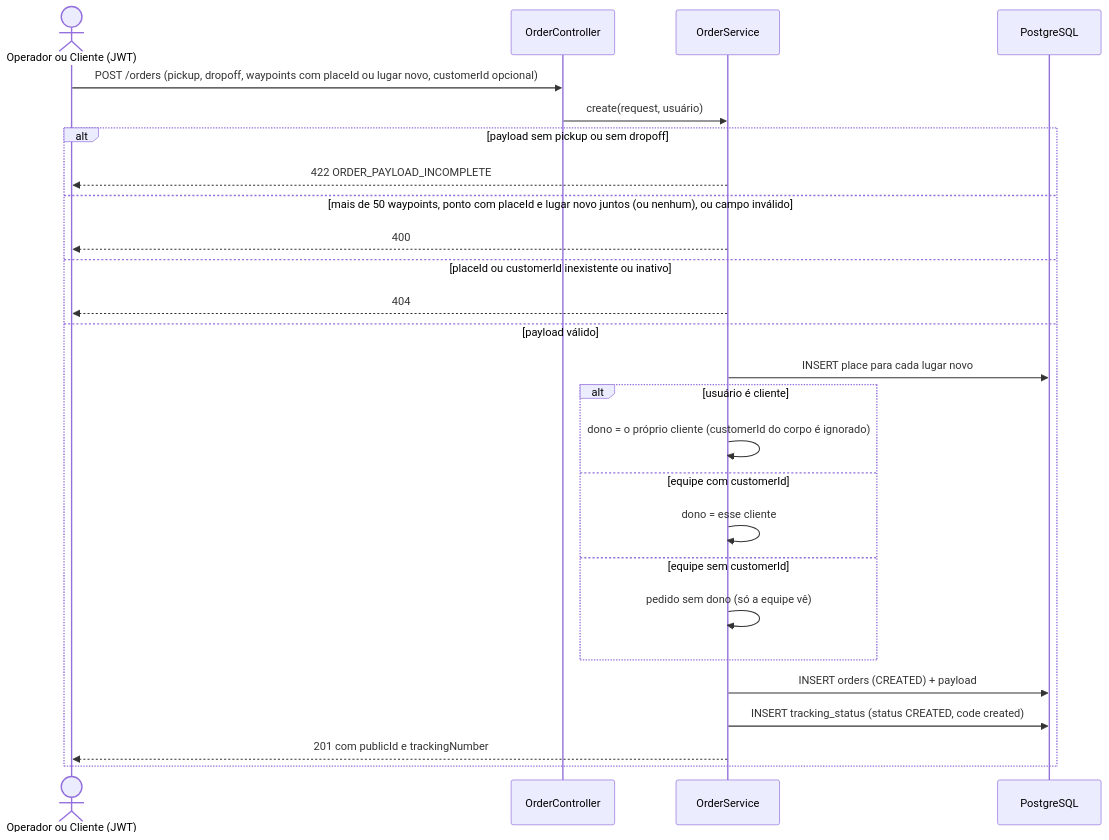
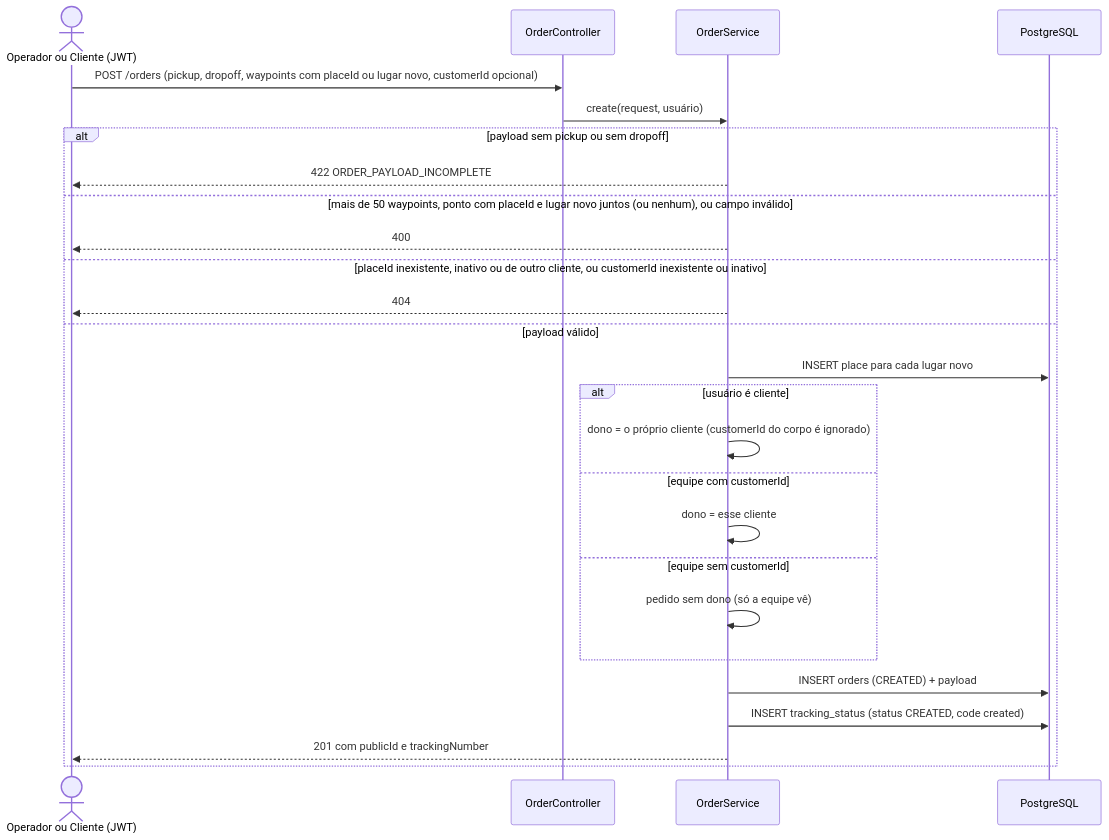
One commit to Edryck/kj-fleets changed the second of 8 diagrams in docs/flows/backend/flow-pedidos.md. Above: the diagram before and after it, drawn with Mermaid. The commit also changed other lines of this file and 8 other files, not shown here.

````diff
--- a/docs/flows/backend/flow-pedidos.md
+++ b/docs/flows/backend/flow-pedidos.md
@@ -27,29 +27,29 @@
 ```mermaid
 sequenceDiagram
     actor U as Operador ou Cliente (JWT)
     participant C as OrderController
     participant S as OrderService
     participant DB as PostgreSQL
 
     U->>C: POST /orders (pickup, dropoff, waypoints com placeId ou lugar novo, customerId opcional)
     C->>S: create(request, usuário)
     alt payload sem pickup ou sem dropoff
         S-->>U: 422 ORDER_PAYLOAD_INCOMPLETE
     else mais de 50 waypoints, ponto com placeId e lugar novo juntos (ou nenhum), ou campo inválido
         S-->>U: 400
-    else placeId ou customerId inexistente ou inativo
+    else placeId inexistente, inativo ou de outro cliente, ou customerId inexistente ou inativo
         S-->>U: 404
     else payload válido
         S->>DB: INSERT place para cada lugar novo
         alt usuário é cliente
             S->>S: dono = o próprio cliente (customerId do corpo é ignorado)
         else equipe com customerId
             S->>S: dono = esse cliente
         else equipe sem customerId
             S->>S: pedido sem dono (só a equipe vê)
         end
         S->>DB: INSERT orders (CREATED) + payload
         S->>DB: INSERT tracking_status (status CREATED, code created)
         S-->>U: 201 com publicId e trackingNumber
     end
 ```
````
